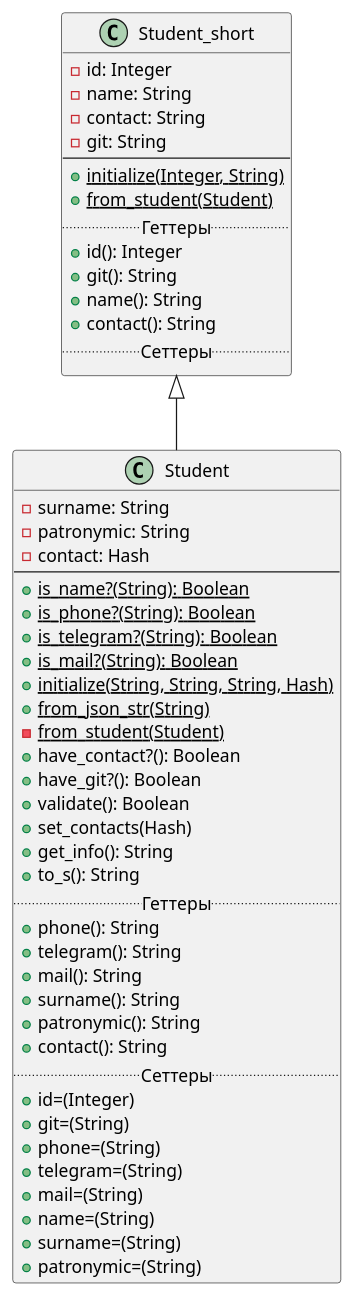
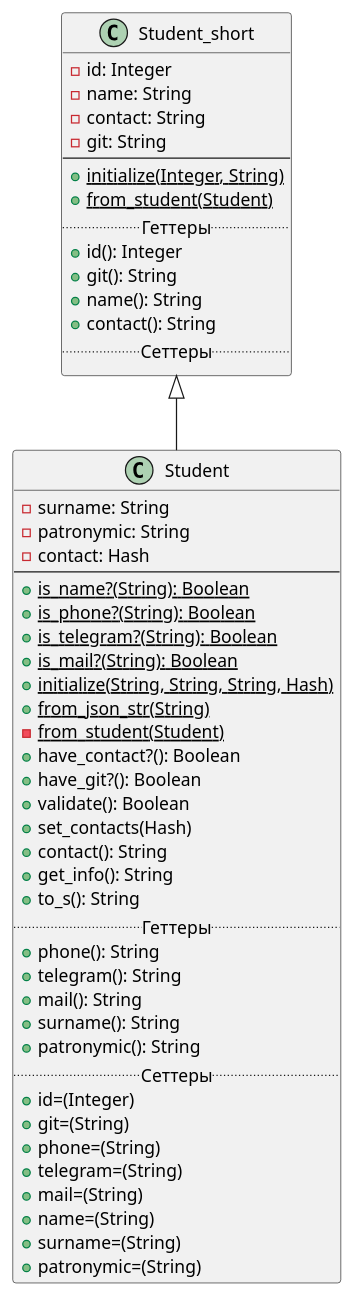
The diagram in Lab2/task1/StudentDiagram.puml (VitalijGolovij/PatternProgLabs), drawn with PlantUML before and after one commit. The commit also changed other lines of this file and 1 other file, not shown here.

Commit message:
в диаграмме переместил contact() в методы

```diff
--- a/Lab2/task1/StudentDiagram.puml
+++ b/Lab2/task1/StudentDiagram.puml
@@ -1,56 +1,56 @@
 @startuml
 'https://plantuml.com/sequence-diagram
 Class Student_short
  {
       -id: Integer
       -name: String
       -contact: String
       -git: String
  --
       +{static}initialize(Integer, String)
       +{static}from_student(Student)
       .. Геттеры ..
       +id(): Integer
       +git(): String
       +name(): String
       +contact(): String
       .. Сеттеры ..
   }
 
 
 Class Student extends Student_short{
      -surname: String
      -patronymic: String
      -contact: Hash
 --
      +{static}is_name?(String): Boolean
      +{static}is_phone?(String): Boolean
      +{static}is_telegram?(String): Boolean
      +{static}is_mail?(String): Boolean
      +{static}initialize(String, String, String, Hash)
      +{static}from_json_str(String)
      -{static}from_student(Student)
      +have_contact?(): Boolean
      +have_git?(): Boolean
      +validate(): Boolean
      +set_contacts(Hash)
+     +contact(): String
      +get_info(): String
      +to_s(): String
      .. Геттеры ..
      +phone(): String
      +telegram(): String
      +mail(): String
      +surname(): String
      +patronymic(): String
-     +contact(): String
      .. Сеттеры ..
      +id=(Integer)
      +git=(String)
      +phone=(String)
      +telegram=(String)
      +mail=(String)
      +name=(String)
      +surname=(String)
      +patronymic=(String)
  }
 @enduml
```
